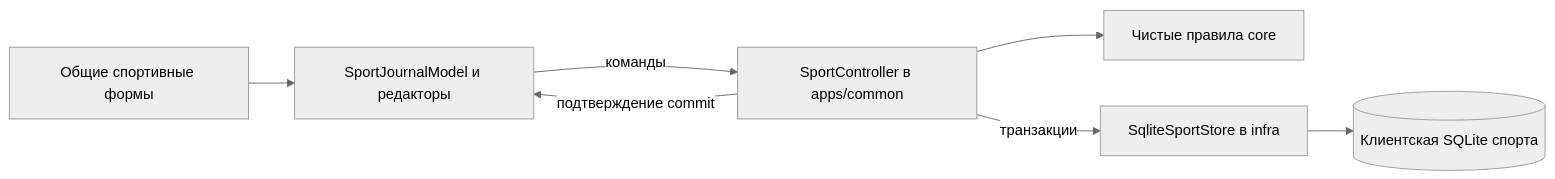
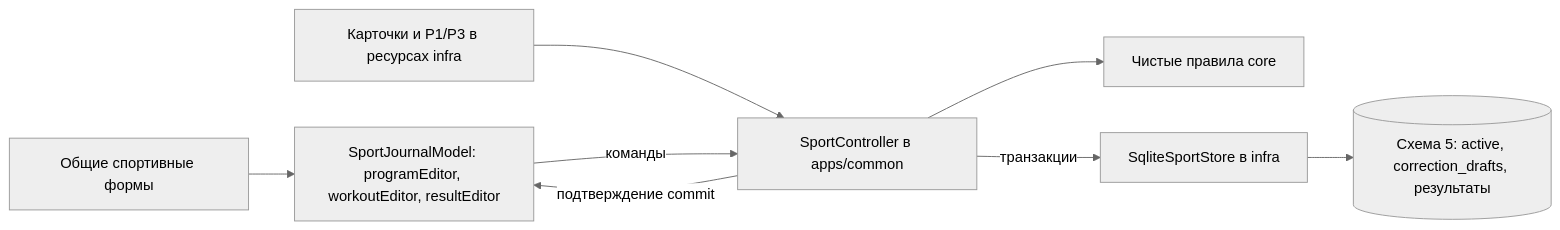
Before and after one commit to TasFoma/MySuperAssistant: the third of 3 diagrams in docs/architecture.md, drawn with Mermaid (neutral theme). The commit also changed other lines of this file and 59 other files, not shown here.

Commit message:
feat: complete offline sport content and durable workout corrections

````diff
--- a/docs/architecture.md
+++ b/docs/architecture.md
@@ -447,9 +462,10 @@
 ```mermaid
 flowchart LR
-    QML[Общие спортивные формы] --> Editors[SportJournalModel и редакторы]
+    QML[Общие спортивные формы] --> Editors[SportJournalModel: programEditor, workoutEditor, resultEditor]
+    Resources[Карточки и P1/P3 в ресурсах infra] --> Controller
     Editors -- команды --> Controller[SportController в apps/common]
     Controller --> Rules[Чистые правила core]
     Controller -- транзакции --> Store[SqliteSportStore в infra]
-    Store --> LocalDB[(Клиентская SQLite спорта)]
+    Store --> LocalDB[(Схема 5: active, correction_drafts, результаты)]
     Controller -- подтверждение commit --> Editors
 ```
````
